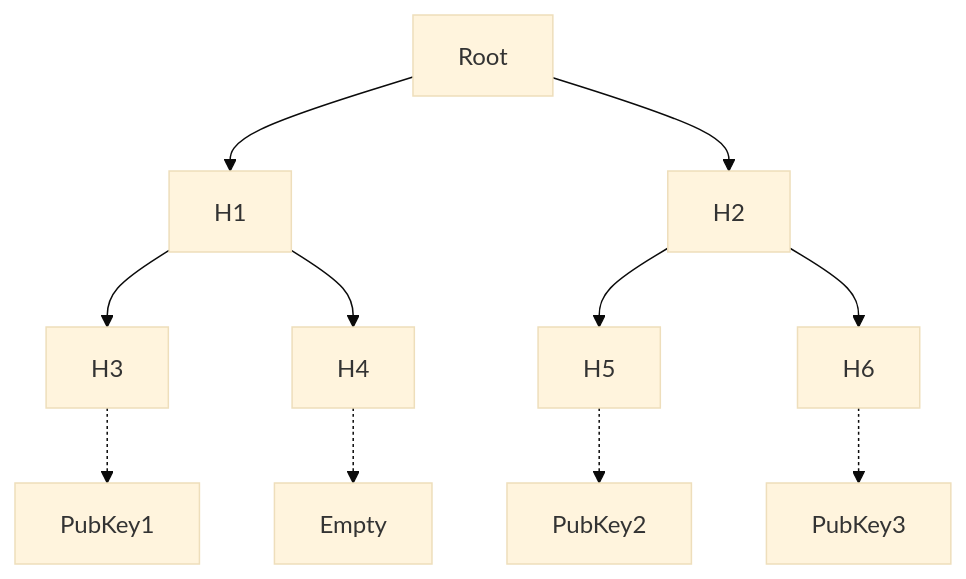
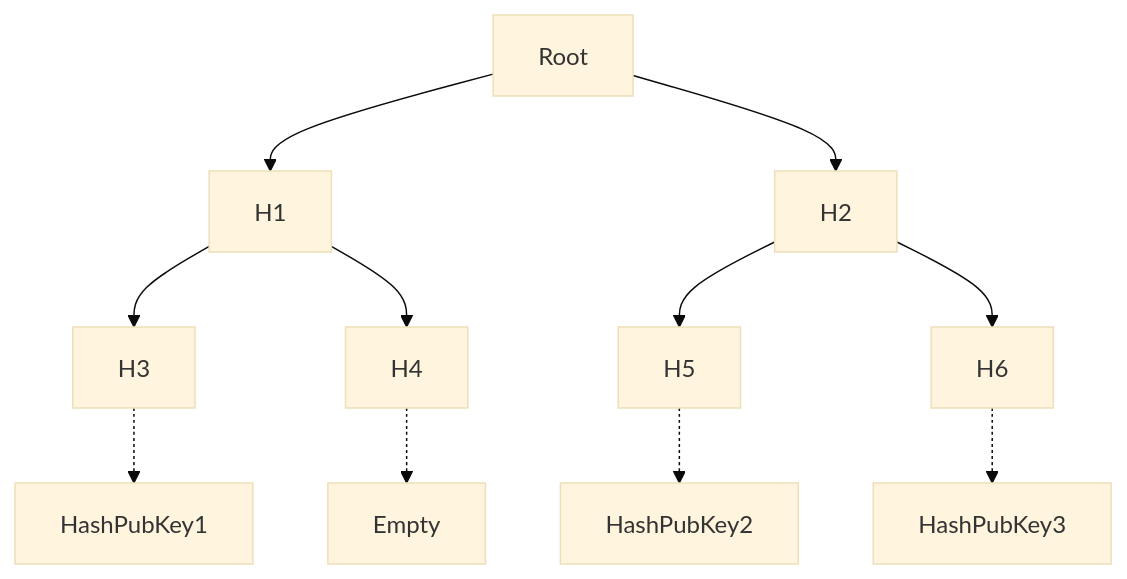
Before and after one commit to vocdoni/docs: the first of 2 diagrams in docs/architecture/census.md, drawn with Mermaid (base theme). The commit also changed other lines of this file, not shown here.

````diff
--- a/docs/architecture/census.md
+++ b/docs/architecture/census.md
@@ -5,14 +5,14 @@
 ```mermaid
 graph TD;
 
 Root-->H1
 Root-->H2
 H1-->H3
 H1-->H4
 H2-->H5
 H2-->H6
-H3-.->PubKey1
+H3-.->HashPubKey1
 H4-.->Empty
-H5-.->PubKey2
-H6-.->PubKey3
+H5-.->HashPubKey2
+H6-.->HashPubKey3
 ```
````
